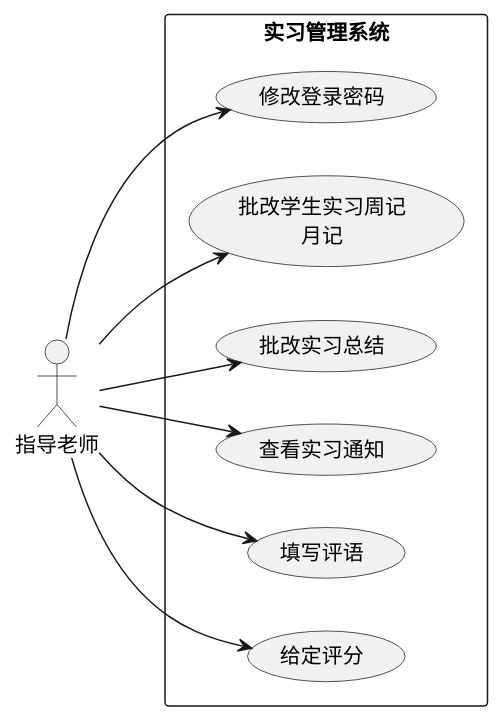
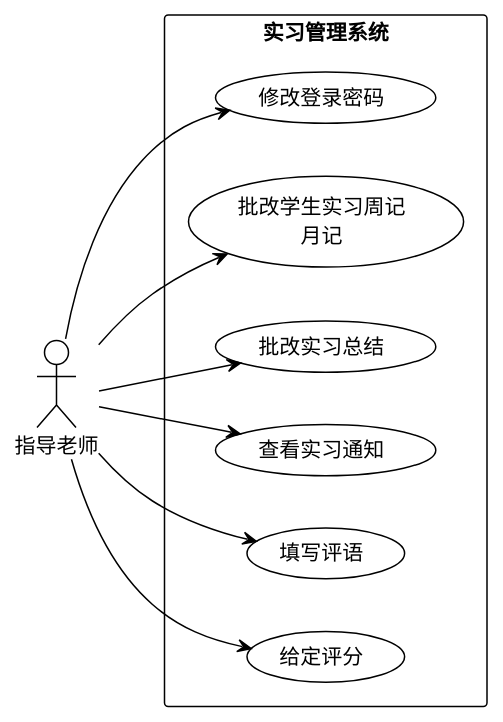
The diagram in GPMS_BE/uml_new/3-5指导老师.puml (cnsam2012/GIMS), drawn with PlantUML before and after one commit. The commit also changed 10 other files, not shown here.

```diff
--- a/GPMS_BE/uml_new/3-5指导老师.puml
+++ b/GPMS_BE/uml_new/3-5指导老师.puml
@@ -1,24 +1,24 @@
 @startuml
-'!theme plain
+!theme plain
 
 left to right direction
 skinparam packageStyle rectangle
 actor 指导老师
 
 rectangle 实习管理系统 {
   usecase (修改登录密码) as UC1
   usecase (批改学生实习周记\n月记) as UC2
   usecase (批改实习总结) as UC3
   usecase (查看实习通知) as UC4
   usecase (填写评语) as UC5
   usecase (给定评分) as UC6
 }
 
 指导老师 --> UC1
 指导老师 --> UC2
 指导老师 --> UC3
 指导老师 --> UC4
 指导老师 --> UC5
 指导老师 --> UC6
 
 @enduml
```
